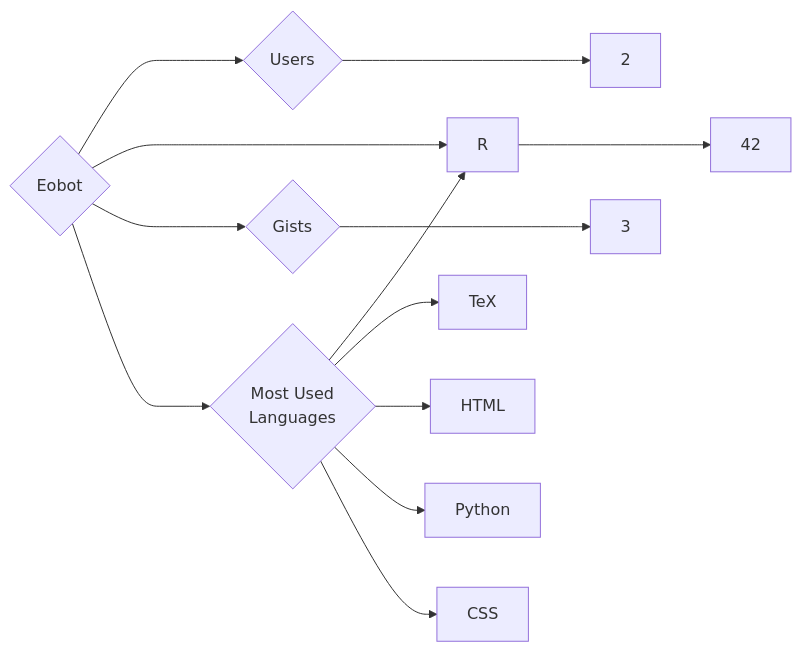
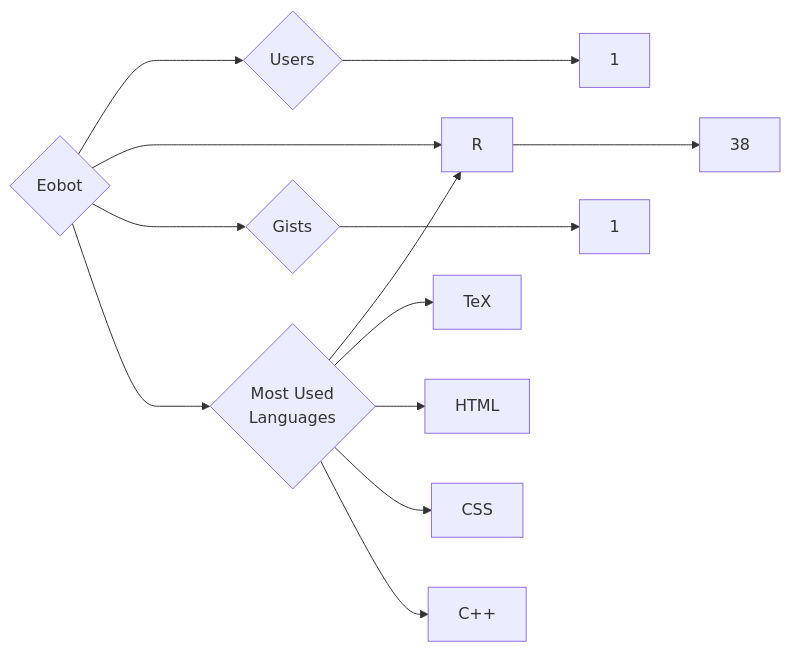
The diagram in targets/Eobot/README.md (trickest/insiders), drawn with Mermaid before and after one commit. The commit also changed 736 other files, not shown here.

````diff
--- a/targets/Eobot/README.md
+++ b/targets/Eobot/README.md
@@ -3,13 +3,13 @@
 ```mermaid
 graph LR
 COMPANY_NAME{Eobot}
-COMPANY_NAME ---> U{Users} ---> UN[2]
-COMPANY_NAME ---> R{Repositories} ---> RN[42]
-COMPANY_NAME ---> G{Gists} ---> GN[3]
+COMPANY_NAME ---> U{Users} ---> UN[1]
+COMPANY_NAME ---> R{Repositories} ---> RN[38]
+COMPANY_NAME ---> G{Gists} ---> GN[1]
 COMPANY_NAME ---> ML{Most Used<br>Languages}
 ML --> R[R]
 ML --> TeX[TeX]
 ML --> HTML[HTML]
-ML --> Python[Python]
 ML --> CSS[CSS]
+ML --> C++[C++]
 ```
````
